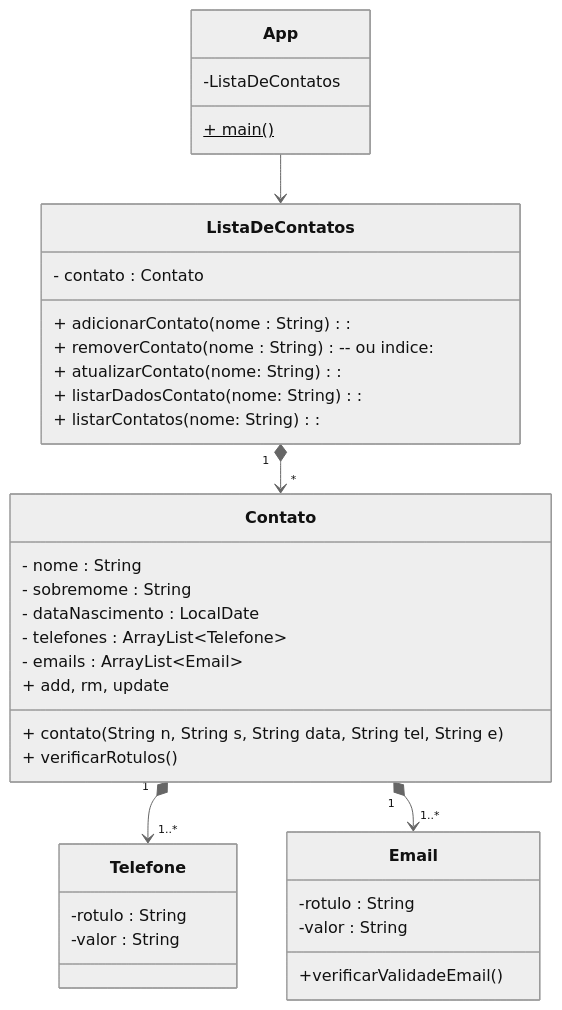
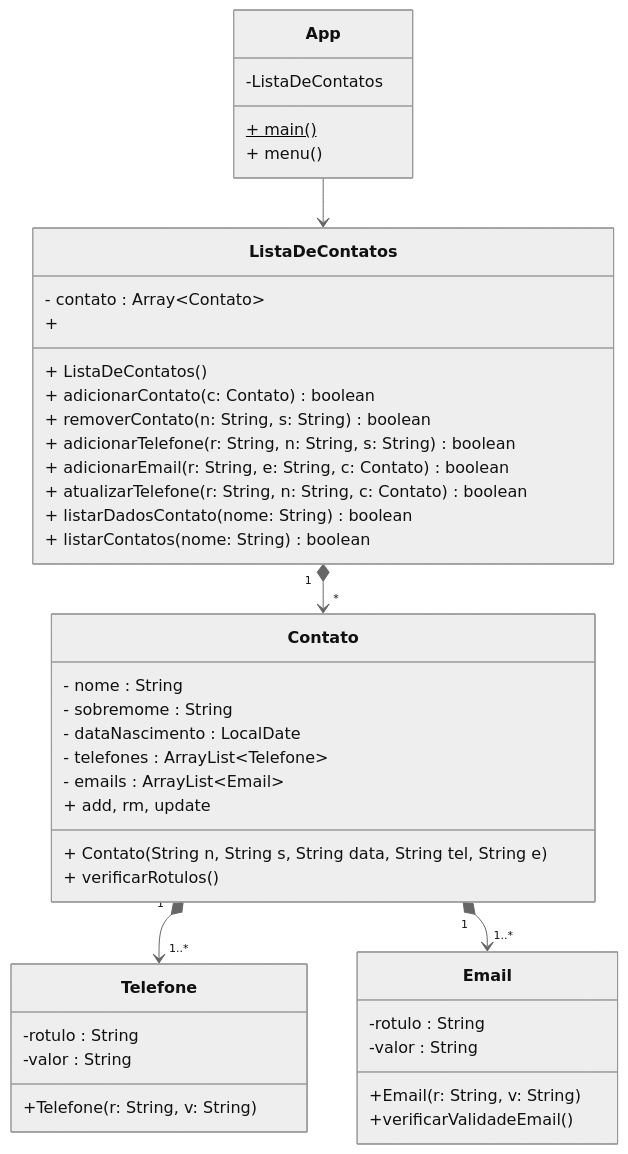
The diagram in AgendaTelefonica/Readme.md (ThaysMariano/POO_IFSC), drawn with Mermaid (neutral theme) before and after one commit. The commit also changed 7 other files, not shown here.

````diff
--- a/AgendaTelefonica/Readme.md
+++ b/AgendaTelefonica/Readme.md
@@ -4,62 +4,63 @@
 ```mermaid
 
 classDiagram
 
     direction TB
  
     ListaDeContatos "1" *--> "*" Contato
     Contato "1" *--> "1..*" Telefone
     Contato "1" *--> "1..*" Email
     App --> ListaDeContatos
     
     
     class App{
         -ListaDeContatos
         + main()$
+        + menu()
     }
     
     class ListaDeContatos{
-        - contato : Contato
+        - contato : Array~Contato~
         
-        
-        + adicionarContato(nome : String) :
-        + removerContato(nome : String) -- ou indice:
-        + atualizarContato(nome: String) :
-        + listarDadosContato(nome: String) :
-        + listarContatos(nome: String) :
+        + ListaDeContatos()
+        + adicionarContato(c: Contato)  boolean
+        + removerContato(n: String, s: String)  boolean
+        + adicionarTelefone(r: String, n: String, s: String) boolean
+        + adicionarEmail(r: String, e: String, c: Contato) boolean
+        + atualizarTelefone(r: String, n: String, c: Contato) boolean
+        + 
+        + listarDadosContato(nome: String)  boolean
+        + listarContatos(nome: String)  boolean
     }
     
     class Contato{
         - nome : String
         - sobremome : String
         - dataNascimento : LocalDate
         - telefones : ArrayList~Telefone~
         - emails : ArrayList~Email~
         
-        + contato(String n, String s, String data, String tel, String e)
+        + Contato(String n, String s, String data, String tel, String e)
         + verificarRotulos()
         + add, rm, update
     }
     
     class Telefone{
         -rotulo : String
         -valor : String
         
+        +Telefone(r: String, v: String)
+        
     }
     
     class Email{
         -rotulo : String
         -valor : String
         
-        
+        +Email(r: String, v: String)
         +verificarValidadeEmail()
     }
 
 
 
-
-
-
-
-
 ```
````
